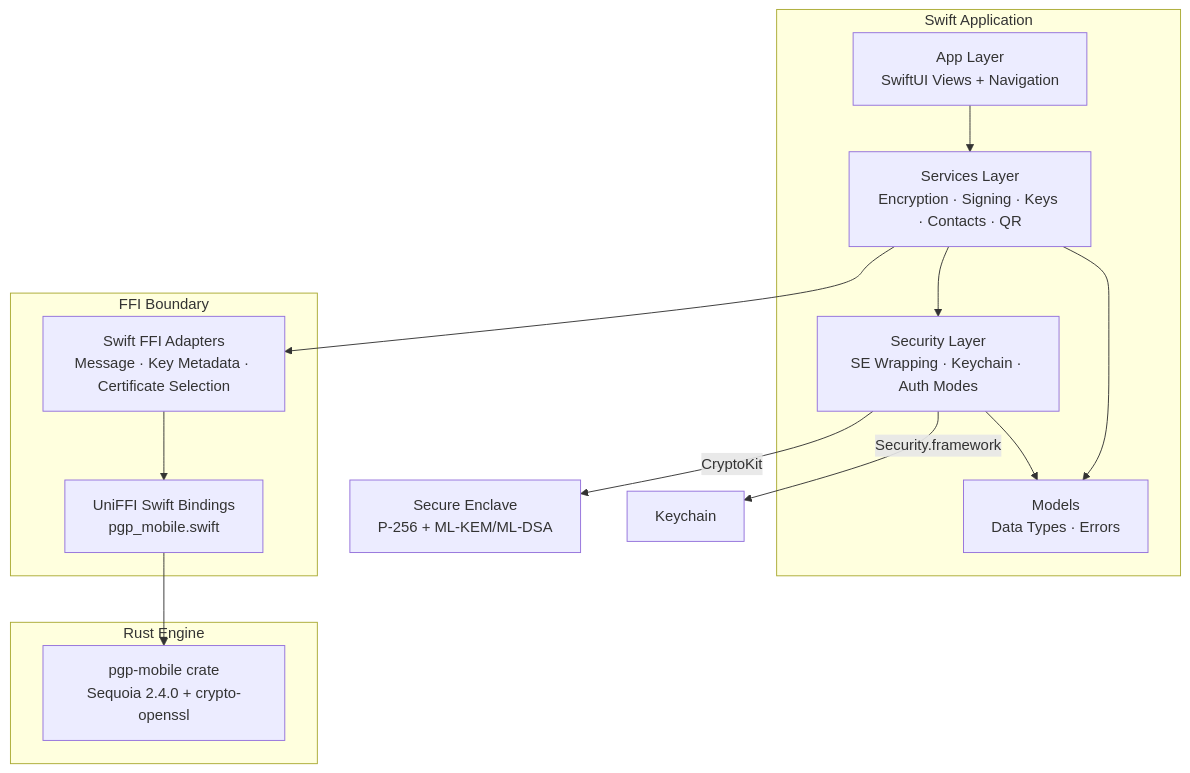
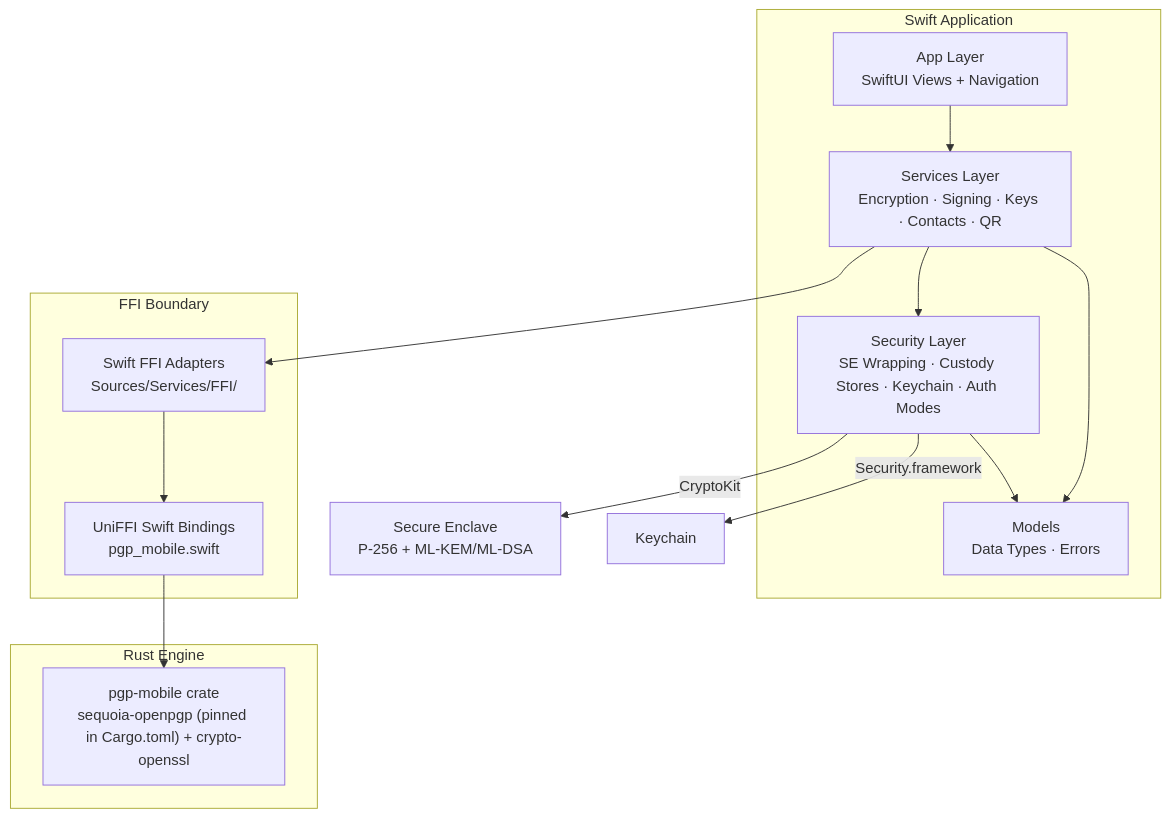
One commit to cypherair/cypherair changed the first of 3 diagrams in docs/ARCHITECTURE.md. Above: the diagram before and after it, drawn with Mermaid. The commit also changed other lines of this file and 2 other files, not shown here.

First line of the commit message:
docs: total rewrite wave 2 - TESTING, ARCHITECTURE, ARM64E_STATUS

````diff
--- a/docs/ARCHITECTURE.md
+++ b/docs/ARCHITECTURE.md
@@ -15,28 +13,28 @@
 ```mermaid
 graph TB
     subgraph "Swift Application"
         UI["App Layer<br/>SwiftUI Views + Navigation"]
         SVC["Services Layer<br/>Encryption · Signing · Keys · Contacts · QR"]
-        SEC["Security Layer<br/>SE Wrapping · Keychain · Auth Modes"]
+        SEC["Security Layer<br/>SE Wrapping · Custody Stores · Keychain · Auth Modes"]
         MOD["Models<br/>Data Types · Errors"]
     end
 
     subgraph "FFI Boundary"
-        ADAPT["Swift FFI Adapters<br/>Message · Key Metadata · Certificate Selection"]
+        ADAPT["Swift FFI Adapters<br/>Sources/Services/FFI/"]
         BIND["UniFFI Swift Bindings<br/>pgp_mobile.swift"]
     end
 
     subgraph "Rust Engine"
-        PGP["pgp-mobile crate<br/>Sequoia 2.4.0 + crypto-openssl"]
+        PGP["pgp-mobile crate<br/>sequoia-openpgp (pinned in Cargo.toml) + crypto-openssl"]
     end
 
     UI --> SVC
     SVC --> SEC
     SVC --> ADAPT
     ADAPT --> BIND
     SEC --> |CryptoKit| SE["Secure Enclave<br/>P-256 + ML-KEM/ML-DSA"]
     SEC --> |Security.framework| KC["Keychain"]
     BIND --> PGP
     SVC --> MOD
     SEC --> MOD
 ```
````
